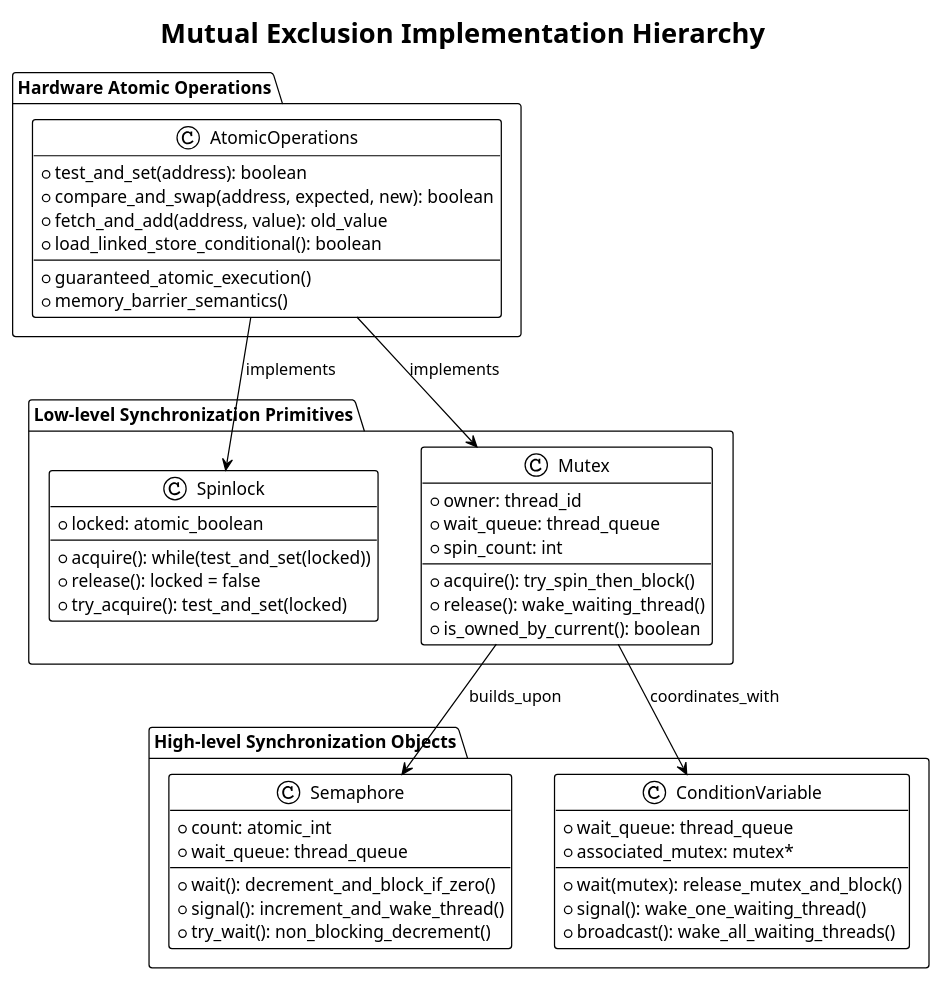
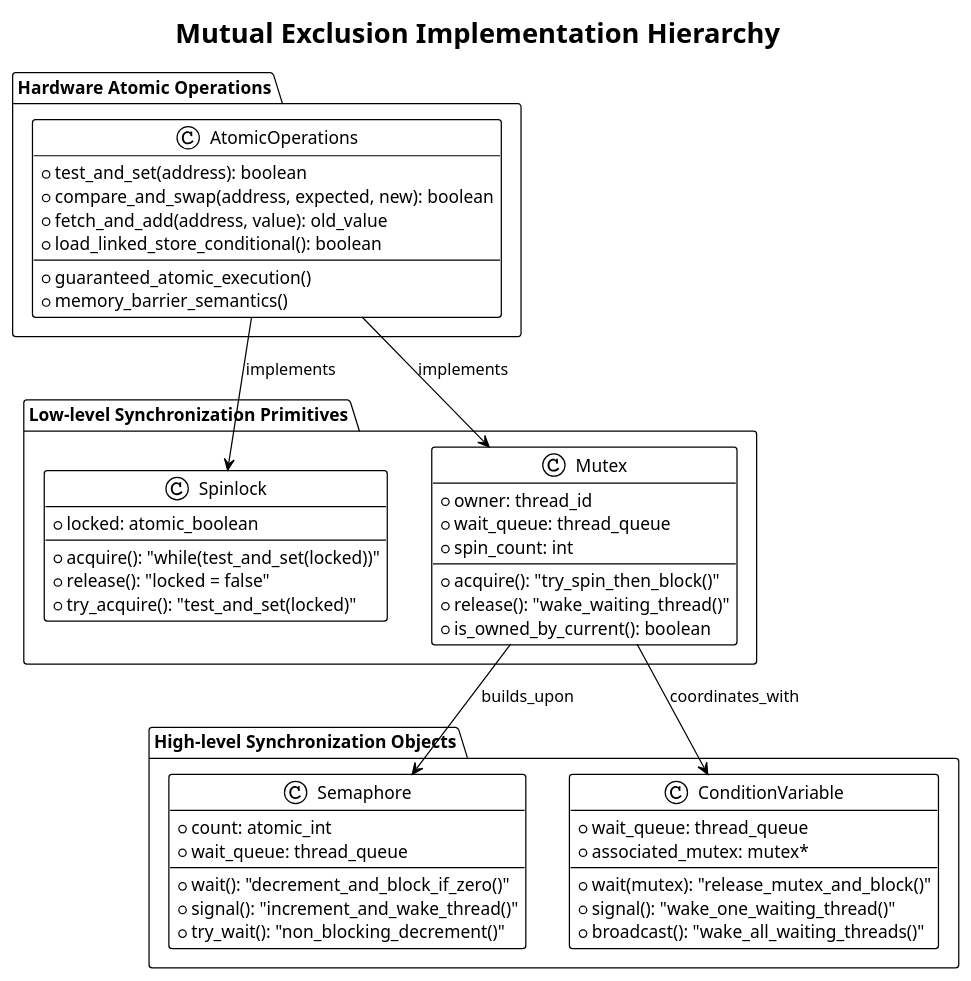
The second of 7 diagrams in Ch-5-Thread-Management/Thread-Synchronization.md (mohitmishra786/myJourneyOfBuildingOS), drawn with PlantUML before and after one commit. The commit also changed other lines of this file and 3 other files, not shown here.

````diff
--- a/Ch-5-Thread-Management/Thread-Synchronization.md
+++ b/Ch-5-Thread-Management/Thread-Synchronization.md
@@ -59,63 +59,63 @@
 ```plantuml
 @startuml
 !theme plain
-title Mutual Exclusion Implementation Hierarchy
+title "Mutual Exclusion Implementation Hierarchy"
 
 package "Hardware Atomic Operations" {
   class AtomicOperations {
     + test_and_set(address): boolean
     + compare_and_swap(address, expected, new): boolean
     + fetch_and_add(address, value): old_value
     + load_linked_store_conditional(): boolean
     --
     + guaranteed_atomic_execution()
     + memory_barrier_semantics()
   }
 }
 
 package "Low-level Synchronization Primitives" {
   class Spinlock {
     + locked: atomic_boolean
     --
-    + acquire(): while(test_and_set(locked))
-    + release(): locked = false
-    + try_acquire(): test_and_set(locked)
+    + acquire(): "while(test_and_set(locked))"
+    + release(): "locked = false"
+    + try_acquire(): "test_and_set(locked)"
   }
   
   class Mutex {
     + owner: thread_id
     + wait_queue: thread_queue
     + spin_count: int
     --
-    + acquire(): try_spin_then_block()
-    + release(): wake_waiting_thread()
+    + acquire(): "try_spin_then_block()"
+    + release(): "wake_waiting_thread()"
     + is_owned_by_current(): boolean
   }
 }
 
 package "High-level Synchronization Objects" {
   class Semaphore {
     + count: atomic_int
     + wait_queue: thread_queue
     --
-    + wait(): decrement_and_block_if_zero()
-    + signal(): increment_and_wake_thread()
-    + try_wait(): non_blocking_decrement()
+    + wait(): "decrement_and_block_if_zero()"
+    + signal(): "increment_and_wake_thread()"
+    + try_wait(): "non_blocking_decrement()"
   }
   
   class ConditionVariable {
     + wait_queue: thread_queue
     + associated_mutex: mutex*
     --
-    + wait(mutex): release_mutex_and_block()
-    + signal(): wake_one_waiting_thread()
-    + broadcast(): wake_all_waiting_threads()
+    + wait(mutex): "release_mutex_and_block()"
+    + signal(): "wake_one_waiting_thread()"
+    + broadcast(): "wake_all_waiting_threads()"
   }
 }
 
-AtomicOperations --> Spinlock : implements
-AtomicOperations --> Mutex : implements
-Mutex --> Semaphore : builds_upon
-Mutex --> ConditionVariable : coordinates_with
+AtomicOperations --> Spinlock : "implements"
+AtomicOperations --> Mutex : "implements"
+Mutex --> Semaphore : "builds_upon"
+Mutex --> ConditionVariable : "coordinates_with"
 @enduml
 ```
````
